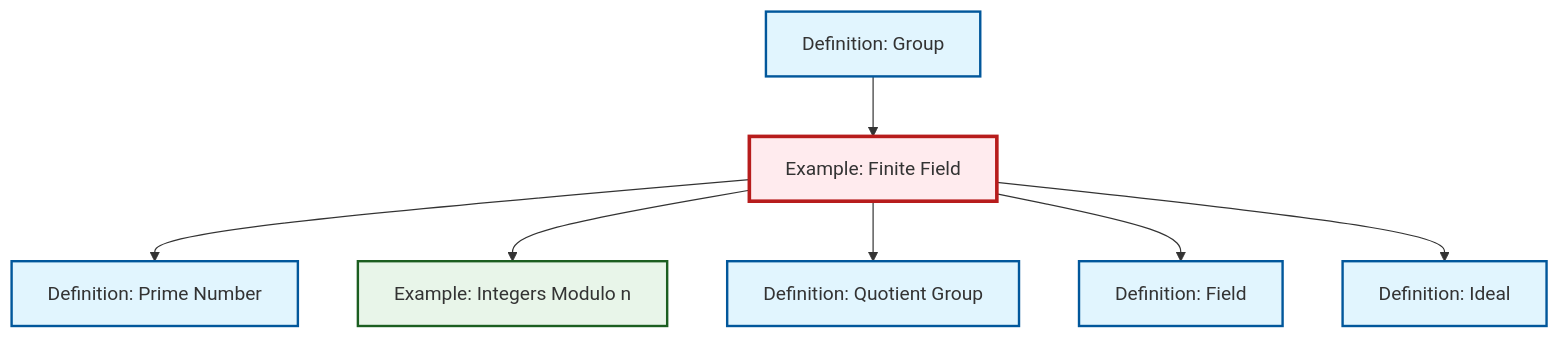
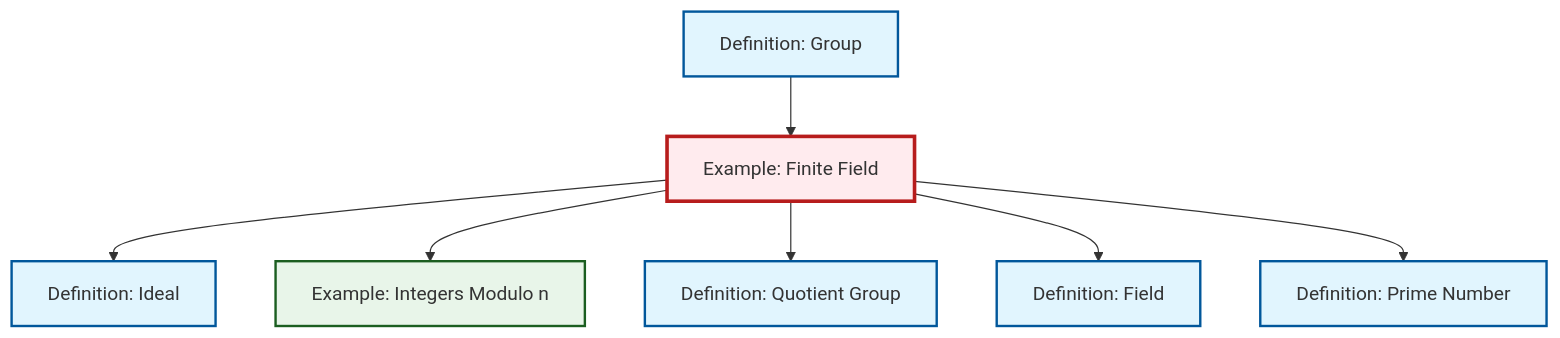
Before and after one commit to RK0429/ModernMath: the diagram in content/ja/algebra/ex-finite-field.qmd, drawn with Mermaid. The commit also changed other lines of this file and 554 other files, not shown here.

````diff
--- a/content/ja/algebra/ex-finite-field.qmd
+++ b/content/ja/algebra/ex-finite-field.qmd
@@ -66,29 +66,29 @@
 ```{mermaid}
 %%| fig-cap: "Local dependency graph"
 graph TD
     classDef definition fill:#e1f5fe,stroke:#01579b,stroke-width:2px
     classDef theorem fill:#f3e5f5,stroke:#4a148c,stroke-width:2px
     classDef axiom fill:#fff3e0,stroke:#e65100,stroke-width:2px
     classDef example fill:#e8f5e9,stroke:#1b5e20,stroke-width:2px
     classDef current fill:#ffebee,stroke:#b71c1c,stroke-width:3px
+    def-field["Definition: Field"]:::definition
+    def-prime["Definition: Prime Number"]:::definition
+    def-quotient-group["Definition: Quotient Group"]:::definition
     ex-finite-field["Example: Finite Field"]:::example
     def-ideal["Definition: Ideal"]:::definition
-    def-quotient-group["Definition: Quotient Group"]:::definition
-    def-field["Definition: Field"]:::definition
+    ex-quotient-integers-mod-n["Example: Integers Modulo n"]:::example
     def-group["Definition: Group"]:::definition
-    ex-quotient-integers-mod-n["Example: Integers Modulo n"]:::example
-    def-prime["Definition: Prime Number"]:::definition
-    ex-finite-field --> def-prime
+    ex-finite-field --> def-ideal
     ex-finite-field --> ex-quotient-integers-mod-n
-    def-group --> ex-finite-field
     ex-finite-field --> def-quotient-group
     ex-finite-field --> def-field
-    ex-finite-field --> def-ideal
+    ex-finite-field --> def-prime
+    def-group --> ex-finite-field
     class ex-finite-field current
+    click def-field "def-field.html" "Definition: Fieldへ"
+    click def-prime "def-prime.html" "Definition: Prime Numberへ"
+    click def-quotient-group "def-quotient-group.html" "Definition: Quotient Groupへ"
     click def-ideal "def-ideal.html" "Definition: Idealへ"
-    click def-quotient-group "def-quotient-group.html" "Definition: Quotient Groupへ"
-    click def-field "def-field.html" "Definition: Fieldへ"
+    click ex-quotient-integers-mod-n "ex-quotient-integers-mod-n.html" "Example: Integers Modulo nへ"
     click def-group "def-group.html" "Definition: Groupへ"
-    click ex-quotient-integers-mod-n "ex-quotient-integers-mod-n.html" "Example: Integers Modulo nへ"
-    click def-prime "def-prime.html" "Definition: Prime Numberへ"
 ```
````
